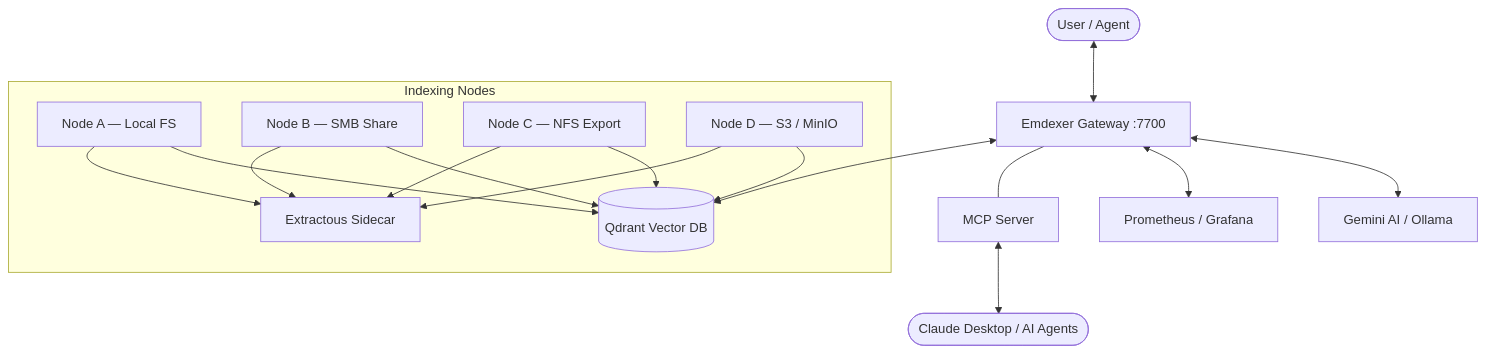
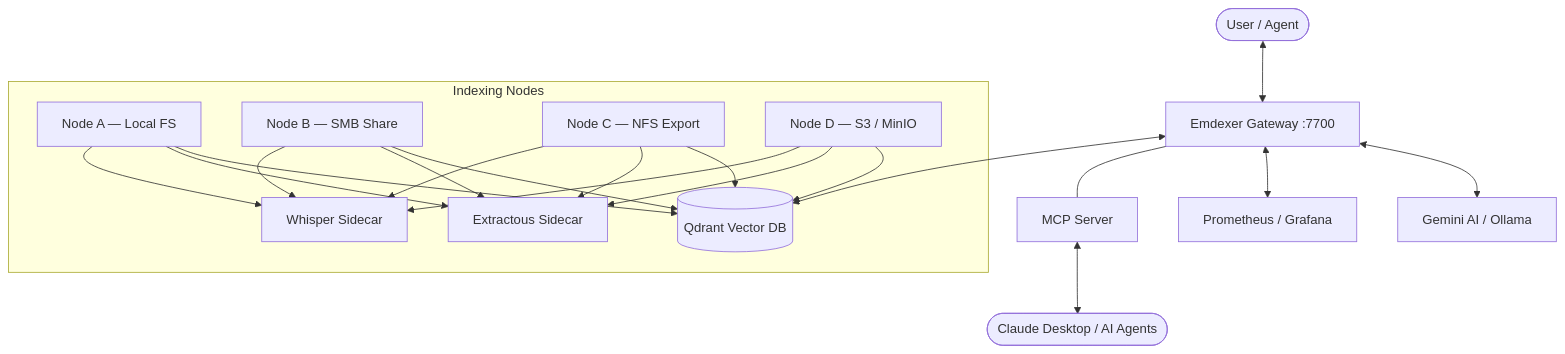
One commit to piotrlaczykowski/emdexer changed the diagram in README.md. Above: the diagram before and after it, drawn with Mermaid. The commit also changed other lines of this file and 1 other file, not shown here.

Commit message:
docs: Update architecture and README for Phase 9 Multi-modal streaming

````diff
--- a/README.md
+++ b/README.md
@@ -49,18 +49,19 @@
 ```mermaid
 graph TD
     User([User / Agent]) <--> Gateway[Emdexer Gateway :7700]
     Gateway <--> Qdrant[(Qdrant Vector DB)]
     Gateway <--> Gemini[Gemini AI / Ollama]
     Gateway <--> Metrics[Prometheus / Grafana]
 
     subgraph "Indexing Nodes"
         NodeA[Node A — Local FS] --> Qdrant
         NodeB[Node B — SMB Share] --> Qdrant
         NodeC[Node C — NFS Export] --> Qdrant
         NodeD[Node D — S3 / MinIO] --> Qdrant
         NodeA & NodeB & NodeC & NodeD --> Extractous[Extractous Sidecar]
+        NodeA & NodeB & NodeC & NodeD --> Whisper[Whisper Sidecar]
     end
 
     Gateway --- MCP[MCP Server]
     MCP <--> Claude([Claude Desktop / AI Agents])
 ```
````
